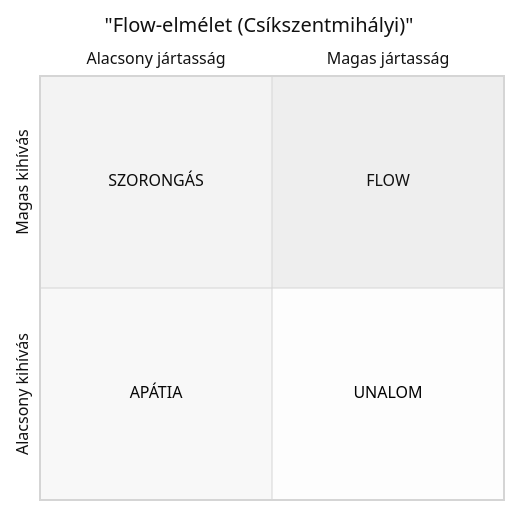
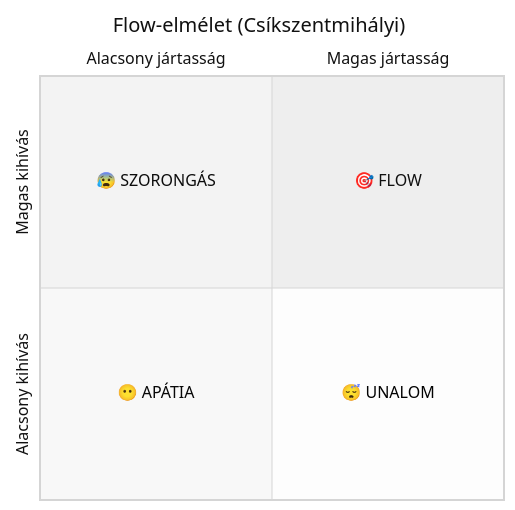
Before and after one commit to denespocsik/MM_BSC_Zarovizsga: the third of 3 diagrams in Tételek/K06-GMXMD1MBLF-Motivációs elméletek.tétel.md, drawn with Mermaid (neutral theme). The commit also changed other lines of this file, not shown here.

First line of the commit message:
refactor(K06): modernize Mermaid diagrams with color styling

````diff
--- a/Tételek/K06-GMXMD1MBLF-Motivációs elméletek.tétel.md
+++ b/Tételek/K06-GMXMD1MBLF-Motivációs elméletek.tétel.md
@@ -83,10 +116,10 @@
 ```mermaid
 quadrantChart
-    title "Flow-elmélet (Csíkszentmihályi)"
-    x-axis "Alacsony jártasság" --> "Magas jártasság"
-    y-axis "Alacsony kihívás" --> "Magas kihívás"
-    quadrant-1 "FLOW"
-    quadrant-2 "SZORONGÁS"
-    quadrant-3 "APÁTIA"
-    quadrant-4 "UNALOM"
+    title Flow-elmélet (Csíkszentmihályi)
+    x-axis Alacsony jártasság --> Magas jártasság
+    y-axis Alacsony kihívás --> Magas kihívás
+    quadrant-1 🎯 FLOW
+    quadrant-2 😰 SZORONGÁS
+    quadrant-3 😶 APÁTIA
+    quadrant-4 😴 UNALOM
 ```
````
